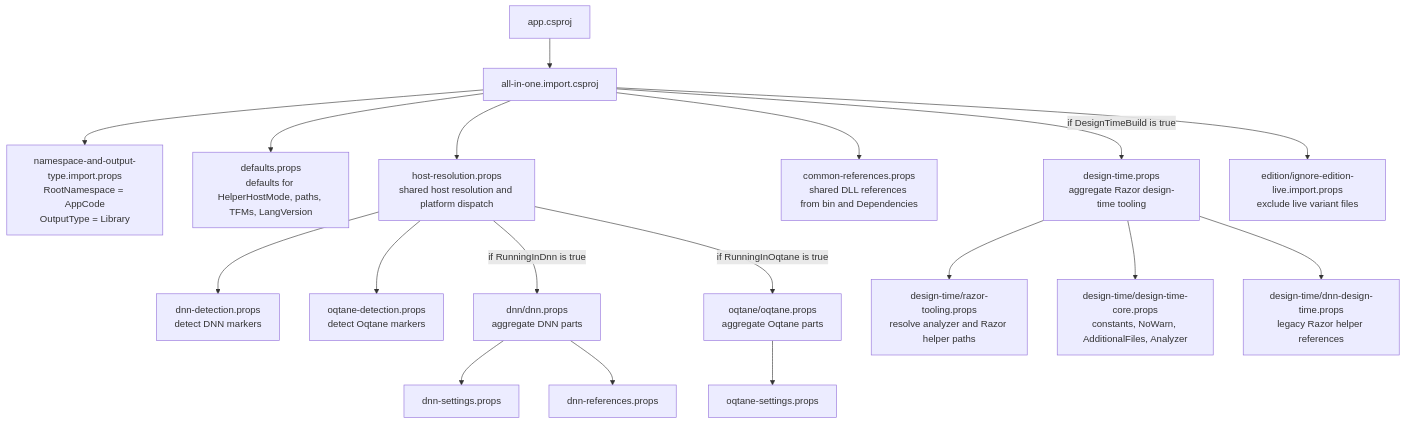
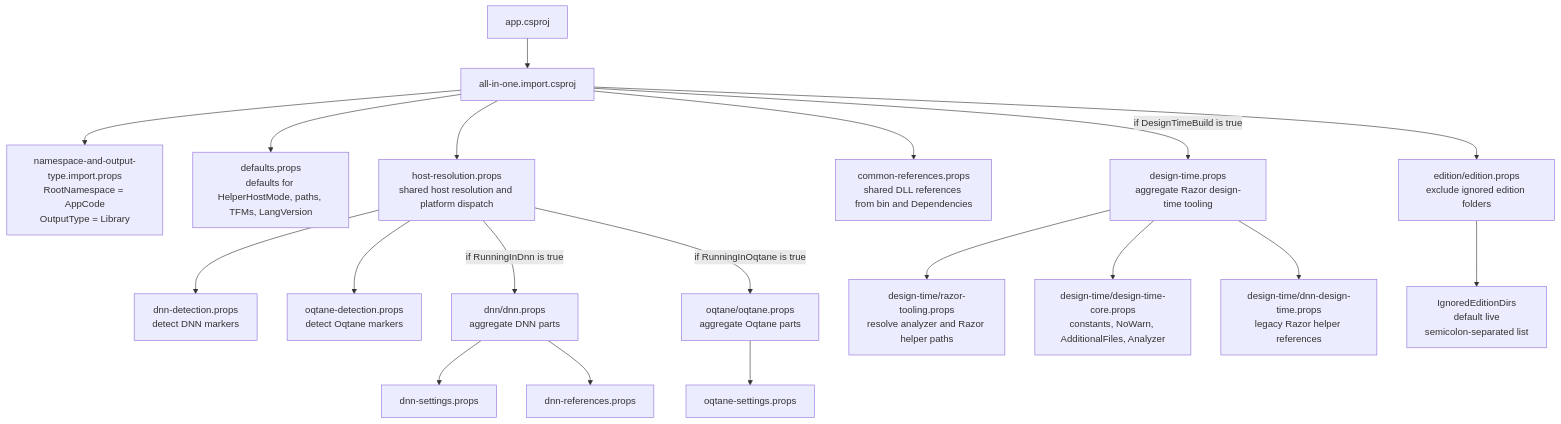
The first of 3 diagrams in readme.md (2sxc-apps/app-extension-dotnet-project), drawn with Mermaid before and after one commit. The commit also changed other lines of this file and 3 other files, not shown here.

````diff
--- a/readme.md
+++ b/readme.md
@@ -69,25 +75,27 @@
 ```mermaid
 flowchart TD
     APP[app.csproj] --> ROOT[all-in-one.import.csproj]
 
     ROOT --> NS[namespace-and-output-type.import.props<br/>RootNamespace = AppCode<br/>OutputType = Library]
     ROOT --> DEF[defaults.props<br/>defaults for HelperHostMode, paths, TFMs, LangVersion]
     ROOT --> HOST[host-resolution.props<br/>shared host resolution and platform dispatch]
     ROOT --> COMMON[common-references.props<br/>shared DLL references from bin and Dependencies]
     ROOT -->|if DesignTimeBuild is true| DT[design-time.props<br/>aggregate Razor design-time tooling]
-    ROOT --> IGN[edition/ignore-edition-live.import.props<br/>exclude live variant files]
+    ROOT --> IGN[edition/edition.props<br/>exclude ignored edition folders]
 
     HOST --> DD[dnn-detection.props<br/>detect DNN markers]
     HOST --> OD[oqtane-detection.props<br/>detect Oqtane markers]
     HOST -->|if RunningInDnn is true| DNN[dnn/dnn.props<br/>aggregate DNN parts]
     HOST -->|if RunningInOqtane is true| OQT[oqtane/oqtane.props<br/>aggregate Oqtane parts]
 
     DT --> RAZOR[design-time/razor-tooling.props<br/>resolve analyzer and Razor helper paths]
     DT --> DTC[design-time/design-time-core.props<br/>constants, NoWarn, AdditionalFiles, Analyzer]
     DT --> DTDNN[design-time/dnn-design-time.props<br/>legacy Razor helper references]
 
     DNN --> DS[dnn-settings.props]
     DNN --> DR[dnn-references.props]
 
     OQT --> OS[oqtane-settings.props]
+
+    IGN --> IGNS[IgnoredEditionDirs<br/>default live<br/>semicolon-separated list]
 ```
````
